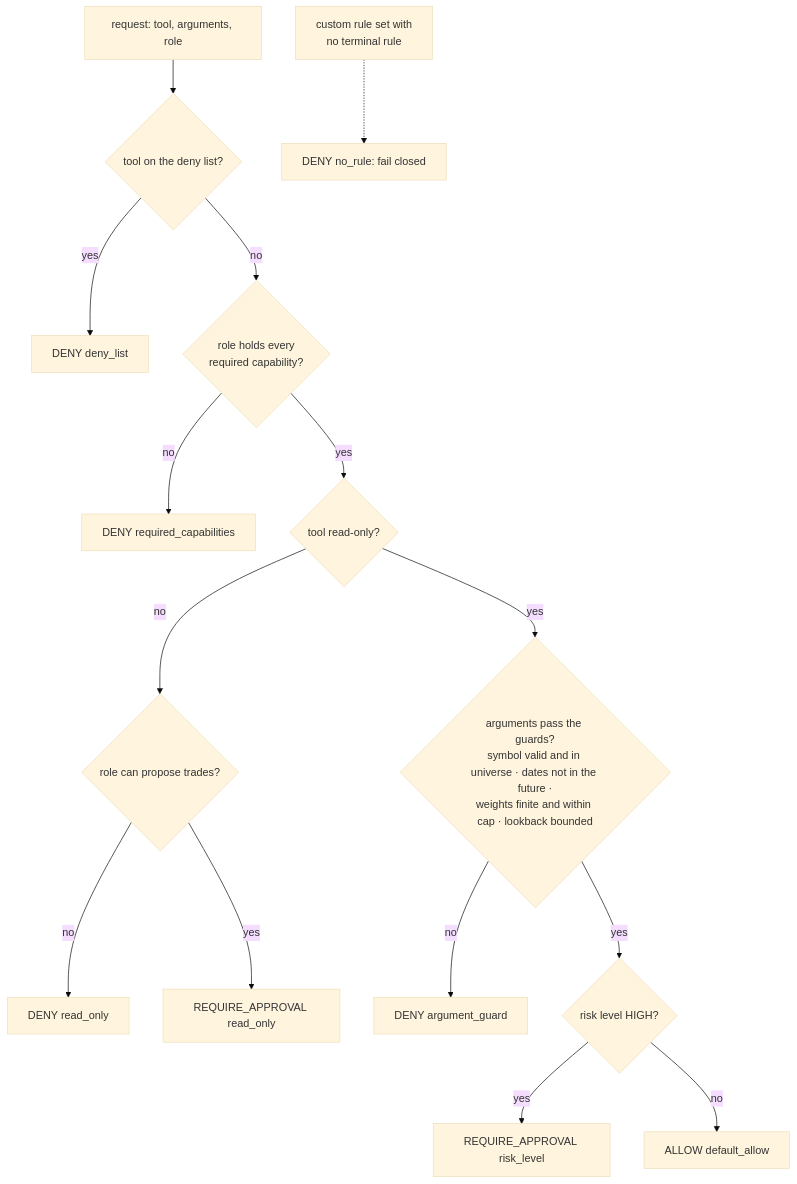
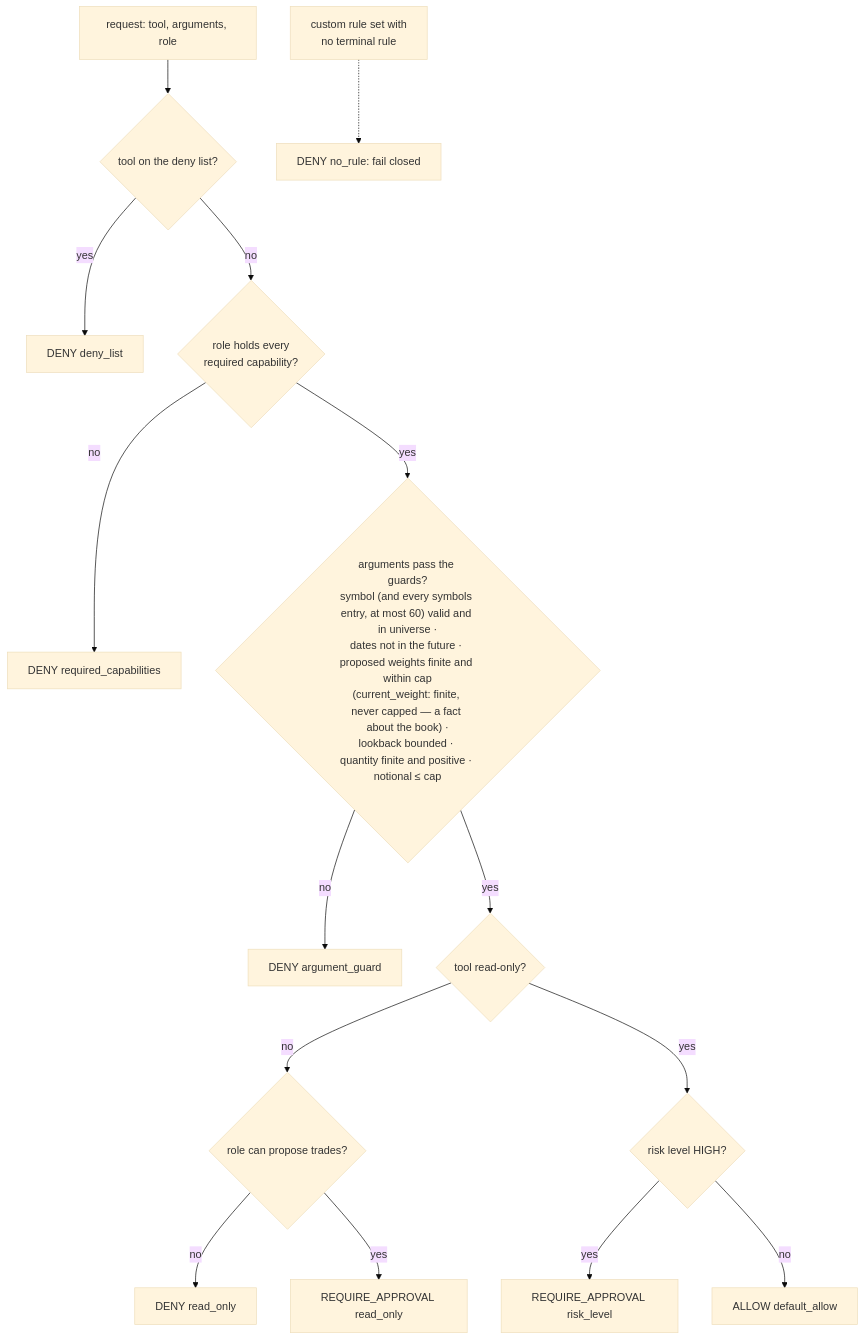
Diagram 11 of 30 in docs/DIAGRAMS.md (AshJha0/agentic-trader), drawn with Mermaid (base theme) before and after one commit. The commit also changed other lines of this file and 112 other files, not shown here.

````diff
--- a/docs/DIAGRAMS.md
+++ b/docs/DIAGRAMS.md
@@ -352,17 +360,17 @@
 ```mermaid
 flowchart TD
     R["request: tool, arguments, role"] --> D1{"tool on the deny list?"}
     D1 -- yes --> DENY1[DENY deny_list]
     D1 -- no --> D2{"role holds every<br/>required capability?"}
     D2 -- no --> DENY2[DENY required_capabilities]
-    D2 -- yes --> D3{"tool read-only?"}
+    D2 -- yes --> D4{"arguments pass the guards?<br/>symbol (and every symbols entry, at most 60) valid and in universe ·<br/>dates not in the future · proposed weights finite and within cap<br/>(current_weight: finite, never capped — a fact about the book) ·<br/>lookback bounded · quantity finite and positive · notional ≤ cap"}
+    D4 -- no --> DENY4[DENY argument_guard]
+    D4 -- yes --> D3{"tool read-only?"}
     D3 -- no --> D3b{"role can propose trades?"}
     D3b -- no --> DENY3[DENY read_only]
     D3b -- yes --> REQ1[REQUIRE_APPROVAL read_only]
-    D3 -- yes --> D4{"arguments pass the guards?<br/>symbol valid and in universe · dates not in the future ·<br/>weights finite and within cap · lookback bounded"}
-    D4 -- no --> DENY4[DENY argument_guard]
-    D4 -- yes --> D5{"risk level HIGH?"}
+    D3 -- yes --> D5{"risk level HIGH?"}
     D5 -- yes --> REQ2[REQUIRE_APPROVAL risk_level]
     D5 -- no --> ALLOW[ALLOW default_allow]
     NR["custom rule set with<br/>no terminal rule"] -.-> DENYN[DENY no_rule: fail closed]
 ```
````
